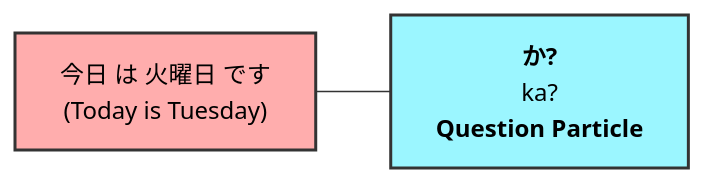
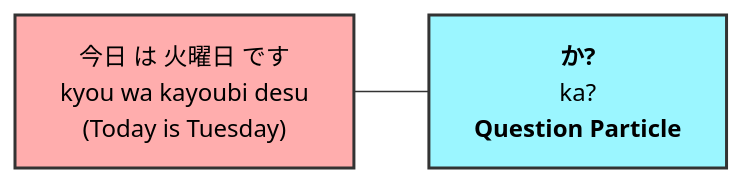
One commit to shainsethi/n5 changed the fifth of 12 diagrams in grammar/grammar-solutions.md. Above: the diagram before and after it, drawn with Mermaid. The commit also changed other lines of this file and 1 other file, not shown here.

Commit message:
feat: add N5 grammar reference and practice solution files with Mermaid diagrams

````diff
--- a/grammar/grammar-solutions.md
+++ b/grammar/grammar-solutions.md
@@ -77,6 +77,6 @@
 ```mermaid
 graph LR
-    Aff["今日 は 火曜日 です<br/>(Today is Tuesday)"] --- Q["<b>か?</b><br/>ka?<br/><b>Question Particle</b>"]
+    Aff["今日 は 火曜日 です<br/>kyou wa kayoubi desu<br/>(Today is Tuesday)"] --- Q["<b>か?</b><br/>ka?<br/><b>Question Particle</b>"]
     style Aff fill:#ffadad,stroke:#333,stroke-width:2px,color:#000
     style Q fill:#9bf6ff,stroke:#333,stroke-width:2px,color:#000
 ```
````
